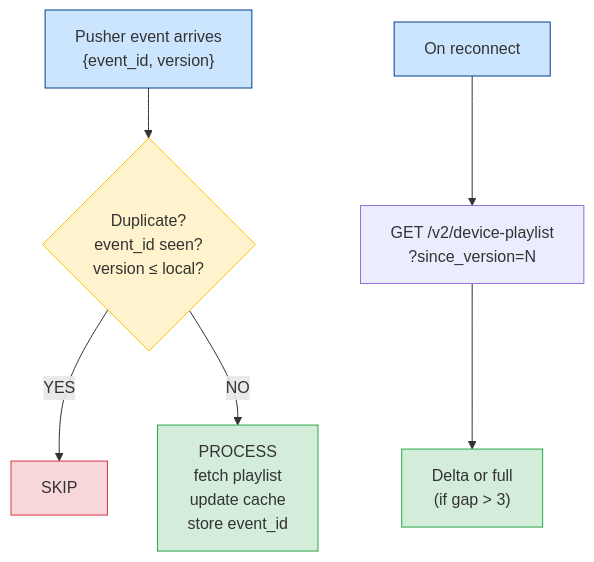
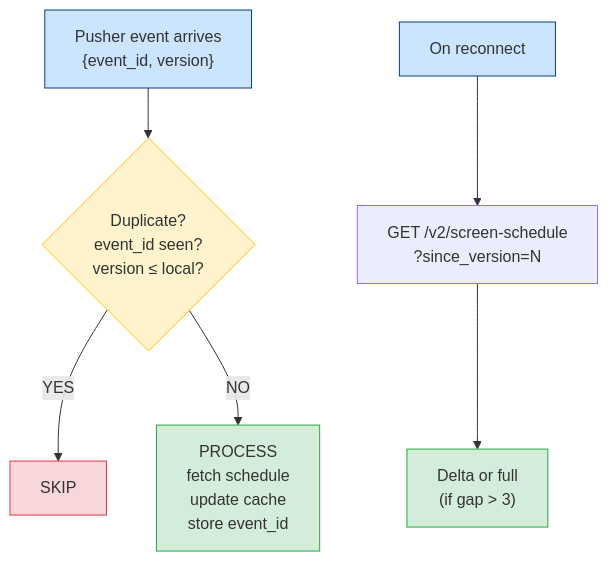
One commit to wasikarn/jira-generator changed the diagram in scripts/diagrams/06-6b-inbox.mmd. Above: the diagram before and after it, drawn with Mermaid. The commit also changed 6 other files, not shown here.

First line of the commit message:
feat: align architecture docs with DOOH industry terminology + add pDOOH roadmap

```diff
--- a/scripts/diagrams/06-6b-inbox.mmd
+++ b/scripts/diagrams/06-6b-inbox.mmd
@@ -1,12 +1,12 @@
 flowchart TD
     EV["Pusher event arrives<br/>{event_id, version}"] --> CHK{"Duplicate?<br/>event_id seen?<br/>version ≤ local?"}
     CHK -->|"YES"| SKIP["SKIP"]
-    CHK -->|"NO"| PROC["PROCESS<br/>fetch playlist<br/>update cache<br/>store event_id"]
-    REC["On reconnect"] --> FETCH["GET /v2/device-playlist<br/>?since_version=N"]
+    CHK -->|"NO"| PROC["PROCESS<br/>fetch schedule<br/>update cache<br/>store event_id"]
+    REC["On reconnect"] --> FETCH["GET /v2/screen-schedule<br/>?since_version=N"]
     FETCH --> DELTA["Delta or full<br/>(if gap > 3)"]
     style EV fill:#cce5ff,stroke:#004085
     style CHK fill:#fff3cd,stroke:#ffc107
     style SKIP fill:#f8d7da,stroke:#dc3545
     style PROC fill:#d4edda,stroke:#28a745
     style REC fill:#cce5ff,stroke:#004085
     style DELTA fill:#d4edda,stroke:#28a745
```
